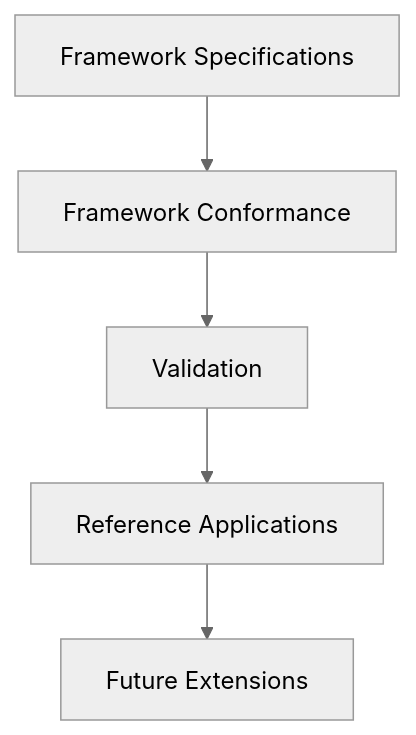
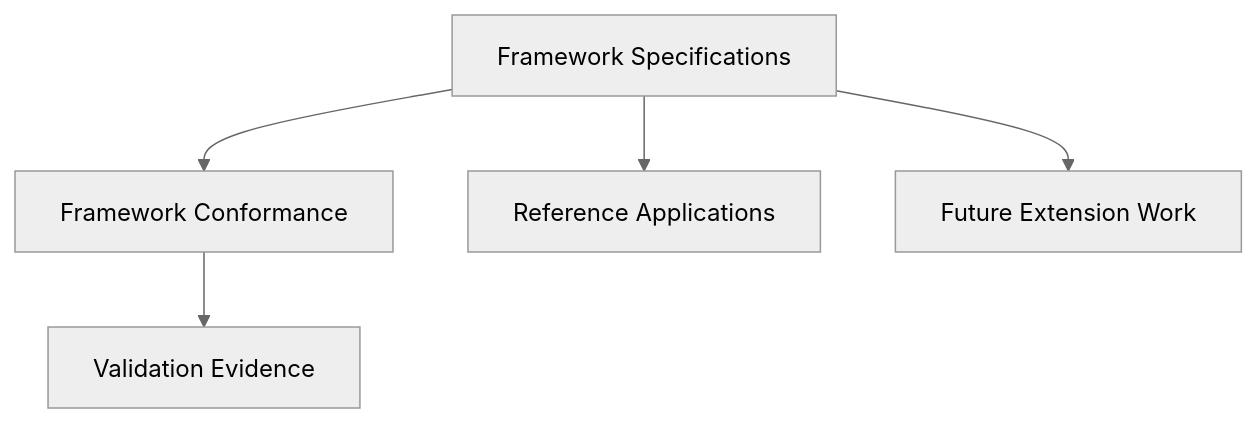
The second of 2 diagrams in Documentation/Specification_Index.md (ra-an-y/ThermoCore), drawn with Mermaid (neutral theme) before and after one commit. The commit also changed other lines of this file and 10 other files, not shown here.

````diff
--- a/Documentation/Specification_Index.md
+++ b/Documentation/Specification_Index.md
@@ -110,13 +110,13 @@
 ```mermaid
 flowchart TD
     FS["Framework Specifications"]
     FC["Framework Conformance"]
-    V["Validation"]
+    VE["Validation Evidence"]
     RA["Reference Applications"]
-    FE["Future Extensions"]
+    FE["Future Extension Work"]
 
     FS --> FC
-    FC --> V
-    V --> RA
-    RA --> FE
+    FC --> VE
+    FS --> RA
+    FS --> FE
 ```
````
